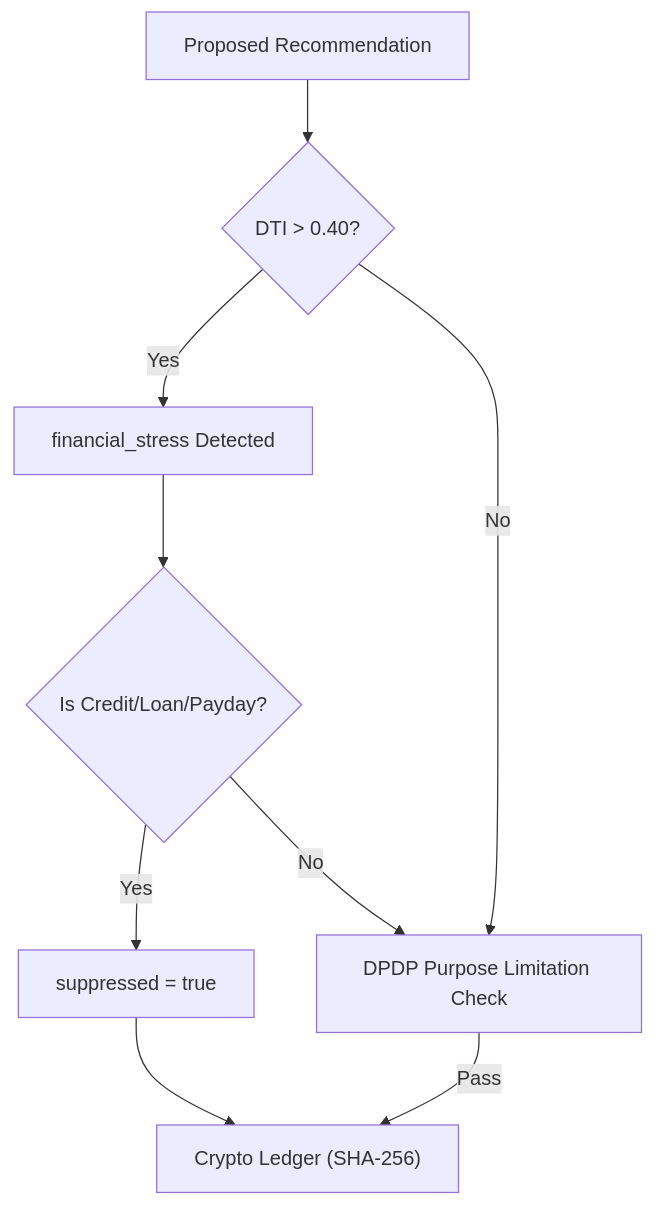
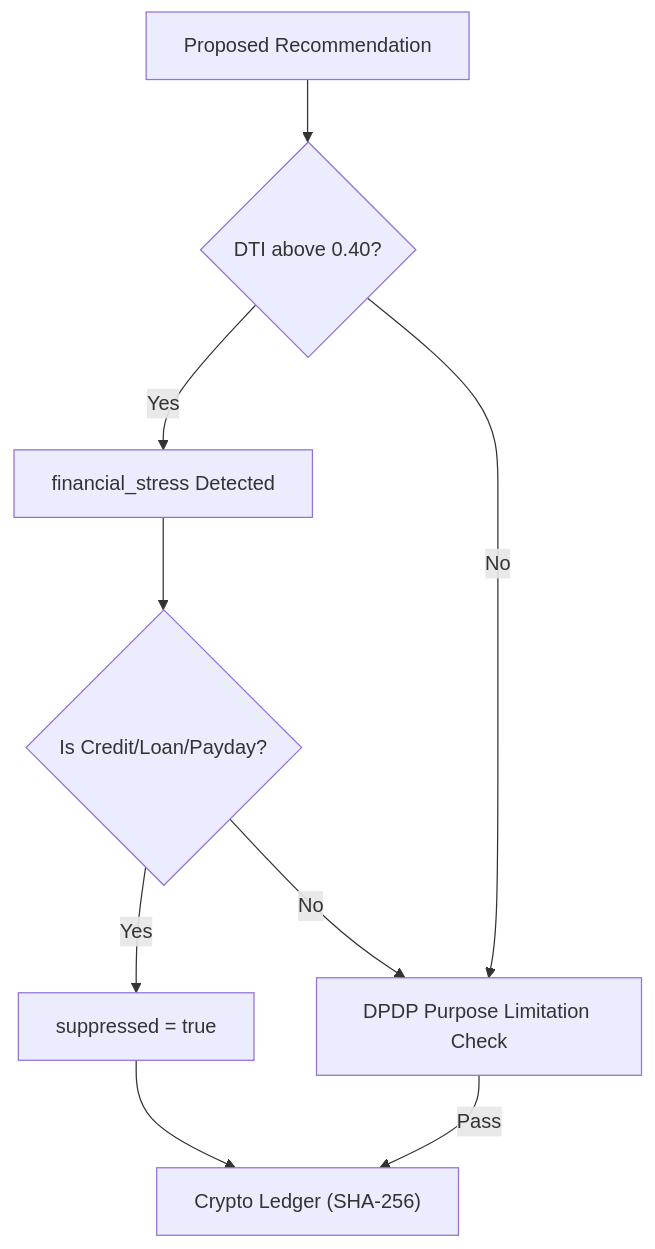
Before and after one commit to Neutron-0/ABC-Bank: the fifth of 8 diagrams in docs/architecture/ai-engine.md, drawn with Mermaid. The commit also changed other lines of this file and 33 other files, not shown here.

````diff
--- a/docs/architecture/ai-engine.md
+++ b/docs/architecture/ai-engine.md
@@ -159,11 +159,11 @@
 ```mermaid
 flowchart TD
-    Rec["Proposed Recommendation"] --> DTICheck{"DTI > 0.40?"}
+    Rec["Proposed Recommendation"] --> DTICheck{"DTI above 0.40?"}
     DTICheck -- Yes --> Stress["financial_stress Detected"]
     Stress --> CreditCheck{"Is Credit/Loan/Payday?"}
     CreditCheck -- Yes --> Suppress["suppressed = true"]
     CreditCheck -- No --> DPDPCheck
     DTICheck -- No --> DPDPCheck["DPDP Purpose Limitation Check"]
     DPDPCheck -- Pass --> Ledger["Crypto Ledger (SHA-256)"]
     Suppress --> Ledger
 ```
````
